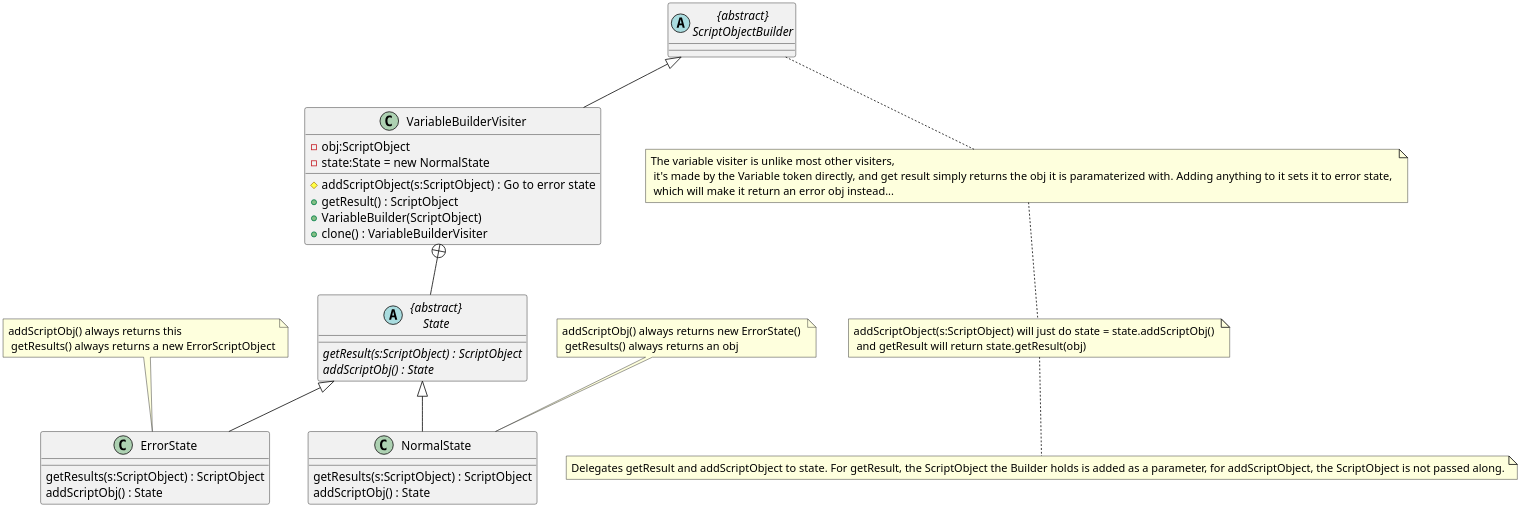
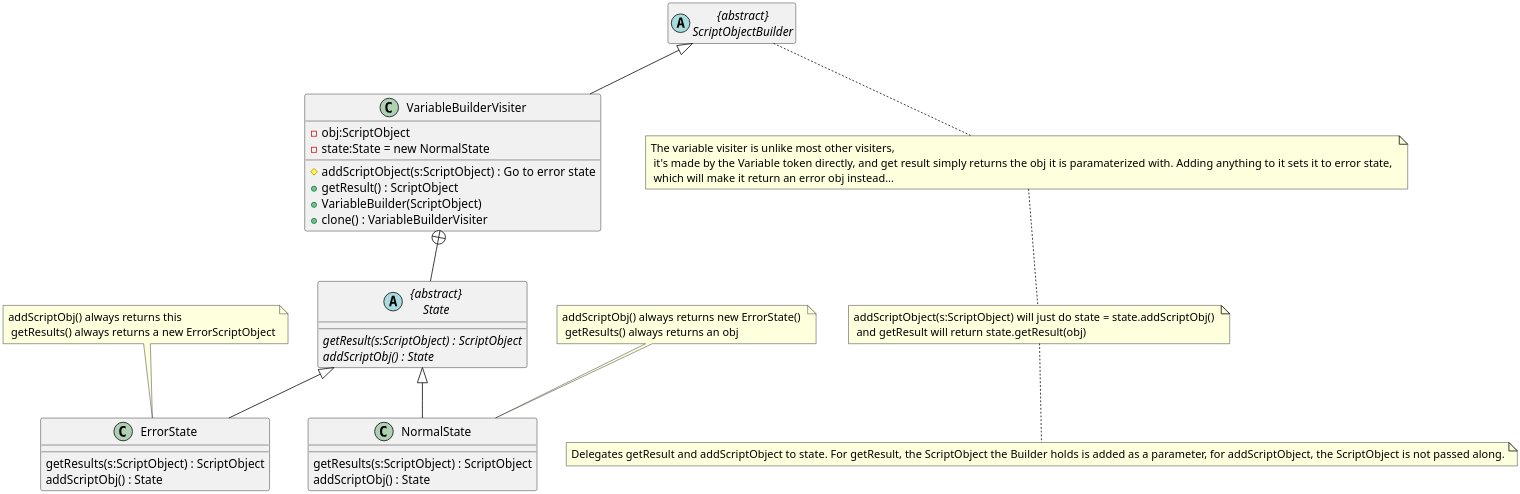
One commit to MatthewBregg/DesignPatternsRepo changed the diagram in Builder/Variablebuilder.org. Above: the diagram before and after it, drawn with PlantUML. The commit also changed 51 other files, not shown here.

Commit message:
Made all builder sub umls show the inheritence from ScriptObjectBuilder

```diff
--- a/Builder/Variablebuilder.org
+++ b/Builder/Variablebuilder.org
@@ -1,41 +1,43 @@
   #+BEGIN_SRC plantuml :file Variablebuilder.png
 skinparam dpi 300
 class VariableBuilderVisiter
 
 abstract class ScriptObjectBuilder as "{abstract}\nScriptObjectBuilder"
+hide ScriptObjectBuilder methods
+hide ScriptObjectBuilder members
 
 ScriptObjectBuilder <|-- VariableBuilderVisiter
 
 VariableBuilderVisiter : #addScriptObject(s:ScriptObject) : Go to error state
 VariableBuilderVisiter : +getResult() : ScriptObject 
 VariableBuilderVisiter : -obj:ScriptObject
 VariableBuilderVisiter : -state:State = new NormalState
 VariableBuilderVisiter : +VariableBuilder(ScriptObject)
 VariableBuilderVisiter : +clone() : VariableBuilderVisiter
 
 note bottom : The variable visiter is unlike most other visiters,\n it's made by the Variable token directly, and get result simply returns the obj it is paramaterized with. Adding anything to it sets it to error state, \n which will make it return an error obj instead...
 note bottom : addScriptObject(s:ScriptObject) will just do state = state.addScriptObj() \n and getResult will return state.getResult(obj)
 note bottom : Delegates getResult and addScriptObject to state. For getResult, the ScriptObject the Builder holds is added as a parameter, for addScriptObject, the ScriptObject is not passed along. 
 
 abstract class State as "{abstract}\nState"
 State : {abstract}getResult(s:ScriptObject) : ScriptObject
 State : {abstract}addScriptObj() : State
 
 VariableBuilderVisiter +-- State
 
 class ErrorState 
 ErrorState : getResults(s:ScriptObject) : ScriptObject
 ErrorState : addScriptObj() : State 
 
 note top : addScriptObj() always returns this \n getResults() always returns a new ErrorScriptObject
 
 class NormalState 
 NormalState : getResults(s:ScriptObject) : ScriptObject
 NormalState : addScriptObj() : State 
 
 State <|-- ErrorState
 State <|-- NormalState
 
 note top : addScriptObj() always returns new ErrorState() \n getResults() always returns an obj
 
   #+END_SRC
```
